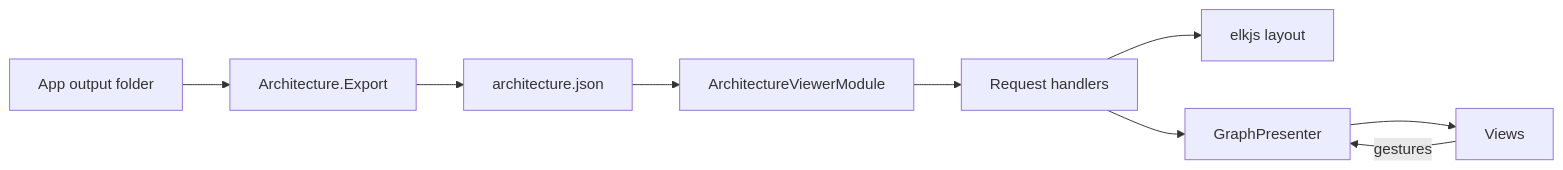
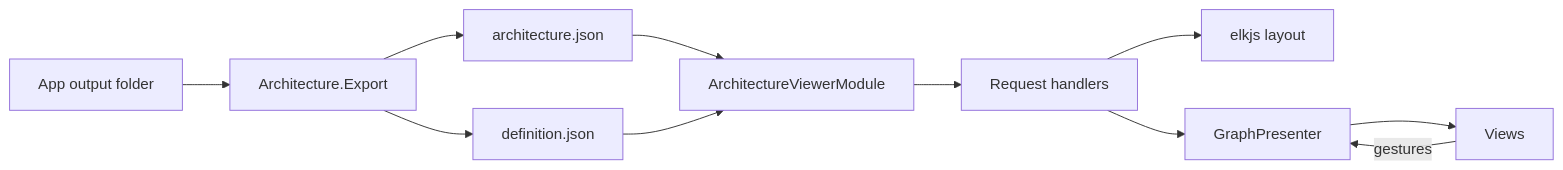
One commit to MgCohen/vsa-template changed the diagram in docs/viewer.md. Above: the diagram before and after it, drawn with Mermaid. The commit also changed other lines of this file and 22 other files, not shown here.

First line of the commit message:
Read the viewer definition from definition.json

````diff
--- a/docs/viewer.md
+++ b/docs/viewer.md
@@ -30,11 +30,13 @@
 ```mermaid
 flowchart LR
     A[App output folder] --> X[Architecture.Export]
     X --> D[architecture.json]
+    X --> F[definition.json]
     D --> M[ArchitectureViewerModule]
+    F --> M
     M --> H[Request handlers]
     H --> E[elkjs layout]
     H --> P[GraphPresenter]
     P --> V[Views]
     V -->|gestures| P
 ```
````
